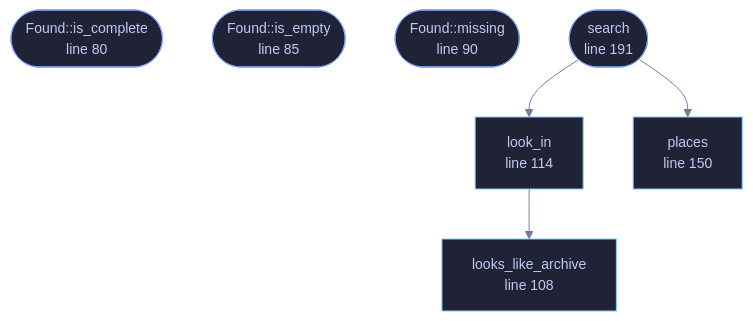
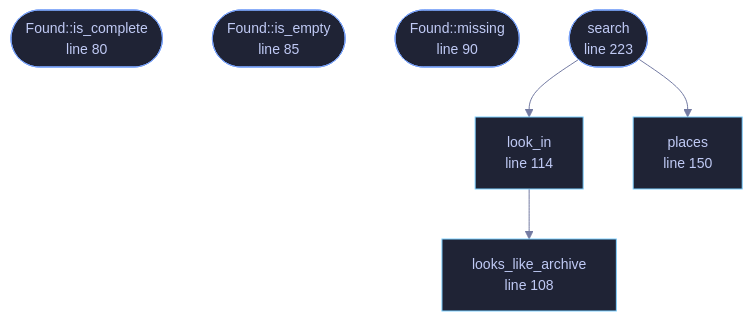
The diagram in docs/files/veilvoice-verify/discover.md (tilas01/veilvoice), drawn with Mermaid before and after one commit. The commit also changed other lines of this file and 65 other files, not shown here.

````diff
--- a/docs/files/veilvoice-verify/discover.md
+++ b/docs/files/veilvoice-verify/discover.md
@@ -104,25 +104,25 @@
 ```mermaid
 %%{init: {"theme":"base","themeVariables":{"background":"#1a1b26","primaryColor":"#1f2335","primaryTextColor":"#c0caf5","primaryBorderColor":"#7aa2f7","secondaryColor":"#16161e","tertiaryColor":"#16161e","lineColor":"#737aa2","textColor":"#c0caf5","mainBkg":"#1f2335","nodeBorder":"#7aa2f7","clusterBkg":"#16161e","clusterBorder":"#2f3549","fontFamily":"ui-monospace, SFMono-Regular, Consolas, monospace","fontSize":"14px"}}}%%
 flowchart TD
     n_is_complete(["Found::is_complete<br/>line 80"])
     n_is_empty(["Found::is_empty<br/>line 85"])
     n_missing(["Found::missing<br/>line 90"])
     n_looks_like_archive["looks_like_archive<br/>line 108"]
     n_look_in["look_in<br/>line 114"]
     n_places["places<br/>line 150"]
-    n_search(["search<br/>line 191"])
+    n_search(["search<br/>line 223"])
     n_look_in --> n_looks_like_archive
     n_search --> n_look_in
     n_search --> n_places
     click n_is_complete href "https://github.com/tilas01/veilvoice/blob/main/crates/veilvoice-verify/src/discover.rs#L80" "open the source"
     click n_is_empty href "https://github.com/tilas01/veilvoice/blob/main/crates/veilvoice-verify/src/discover.rs#L85" "open the source"
     click n_missing href "https://github.com/tilas01/veilvoice/blob/main/crates/veilvoice-verify/src/discover.rs#L90" "open the source"
     click n_looks_like_archive href "https://github.com/tilas01/veilvoice/blob/main/crates/veilvoice-verify/src/discover.rs#L108" "open the source"
     click n_look_in href "https://github.com/tilas01/veilvoice/blob/main/crates/veilvoice-verify/src/discover.rs#L114" "open the source"
     click n_places href "https://github.com/tilas01/veilvoice/blob/main/crates/veilvoice-verify/src/discover.rs#L150" "open the source"
-    click n_search href "https://github.com/tilas01/veilvoice/blob/main/crates/veilvoice-verify/src/discover.rs#L191" "open the source"
+    click n_search href "https://github.com/tilas01/veilvoice/blob/main/crates/veilvoice-verify/src/discover.rs#L223" "open the source"
     classDef entry fill:#1f2335,stroke:#7aa2f7,color:#c0caf5
     class n_is_complete,n_is_empty,n_missing,n_search entry
     classDef api fill:#1f2335,stroke:#7dcfff,color:#c0caf5
     class n_looks_like_archive,n_look_in,n_places api
 ```
````
